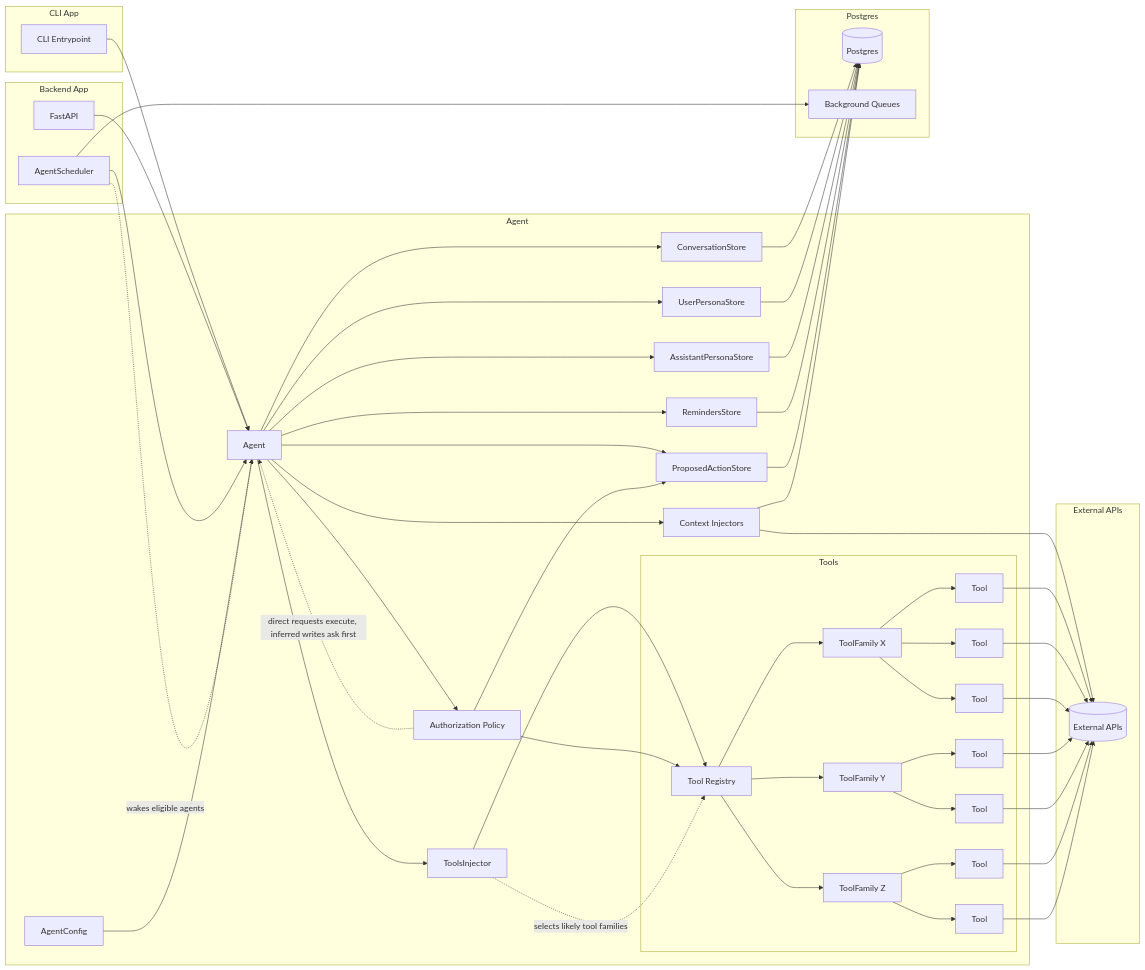
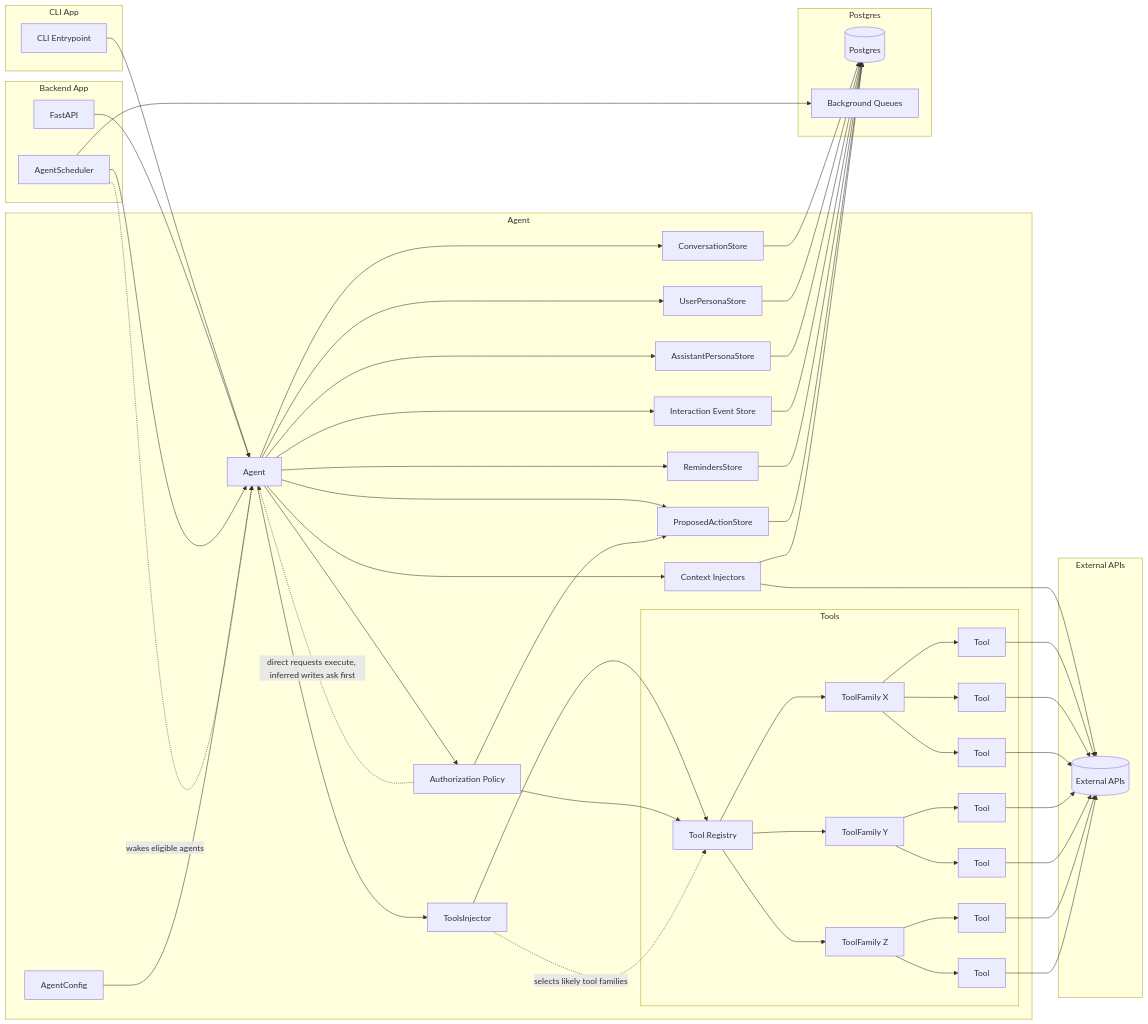
The diagram in docs/03_SRS.md (JuanJFarina/custom-gemini-cli), drawn with Mermaid before and after one commit. The commit also changed other lines of this file and 4 other files, not shown here.

```diff
--- a/docs/03_SRS.md
+++ b/docs/03_SRS.md
@@ -345,6 +373,7 @@
         ConversationStore["ConversationStore"]
         UserPersonaStore["UserPersonaStore"]
         AssistantPersonaStore["AssistantPersonaStore"]
+        InteractionEventStore["Interaction Event Store"]
         RemindersStore["RemindersStore"]
         ProposedActionStore["ProposedActionStore"]
         ContextInjectors["Context Injectors"]
@@ -383,6 +412,7 @@
     Agent --> ConversationStore
     Agent --> UserPersonaStore
     Agent --> AssistantPersonaStore
+    Agent --> InteractionEventStore
     Agent --> RemindersStore
     Agent --> ProposedActionStore
     Agent --> ContextInjectors
@@ -392,6 +422,7 @@
     ConversationStore --> Postgres
     UserPersonaStore --> Postgres
     AssistantPersonaStore --> Postgres
+    InteractionEventStore --> Postgres
     RemindersStore --> Postgres
     ProposedActionStore --> Postgres
     AgentScheduler --> BackgroundQueues
```
